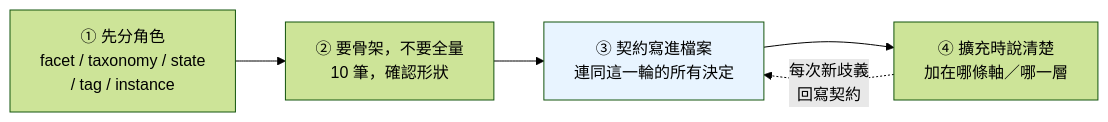
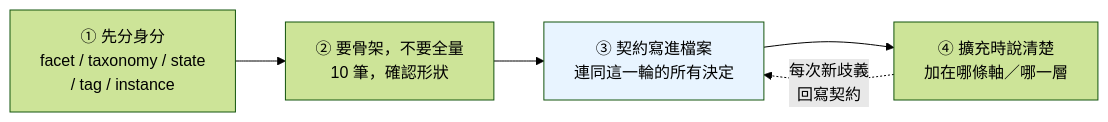
Before and after one commit to mapleelpam/LuminNexus-LearningMap: the third of 3 diagrams in general/semantic-model-before-yaml.md, drawn with Mermaid (forest theme). The commit also changed other lines of this file, not shown here.

````diff
--- a/general/semantic-model-before-yaml.md
+++ b/general/semantic-model-before-yaml.md
@@ -640,11 +615,11 @@
 ```mermaid
 graph LR
-    A["① 先分角色<br/>facet / taxonomy / state<br/>/ tag / instance"]
+    A["① 先分身分<br/>facet / taxonomy / state<br/>/ tag / instance"]
     B["② 要骨架，不要全量<br/>10 筆，確認形狀"]
     C["③ 契約寫進檔案<br/>連同這一輪的所有決定"]
     D["④ 擴充時說清楚<br/>加在哪條軸／哪一層"]
     A --> B --> C --> D
     D -.->|"每次新歧義<br/>回寫契約"| C
 
     style C fill:#e8f4ff
 ```
````
